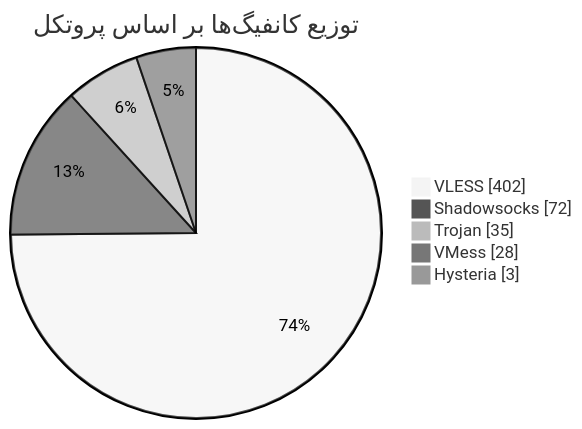
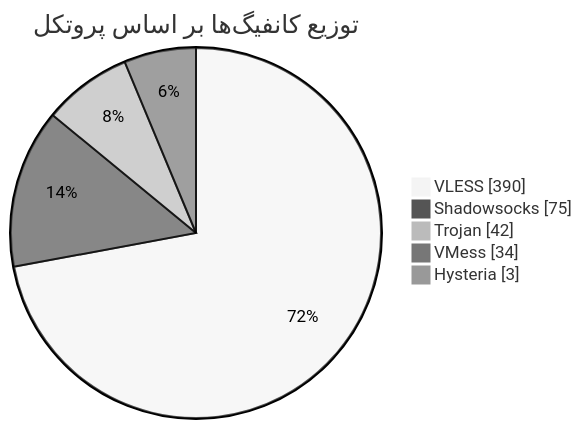
Before and after one commit to Arian-Alijani/Somthing: the diagram in README.md, drawn with Mermaid (neutral theme). The commit also changed other lines of this file and 79 other files, not shown here.

````diff
--- a/README.md
+++ b/README.md
@@ -47,9 +47,9 @@
 ```mermaid
 pie showData
     title توزیع کانفیگ‌ها بر اساس پروتکل
-    "VLESS" : 402
-    "Shadowsocks" : 72
-    "Trojan" : 35
-    "VMess" : 28
+    "VLESS" : 390
+    "Shadowsocks" : 75
+    "Trojan" : 42
+    "VMess" : 34
     "Hysteria" : 3
 ```
````
